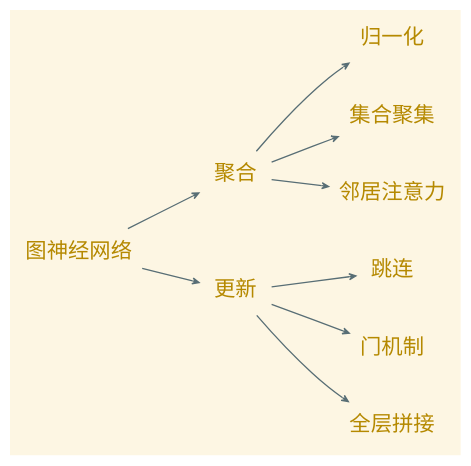
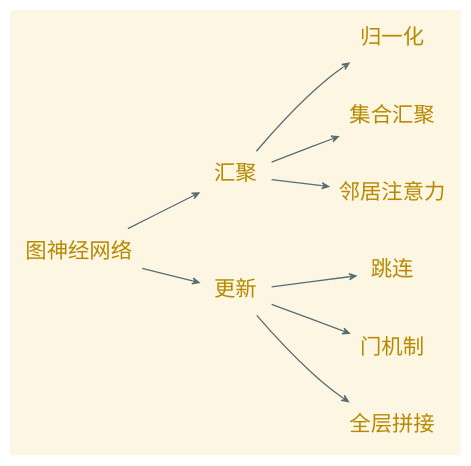
Before and after one commit to Avanti1980/course-gnn: the diagram in dot/gnn.dot, drawn with Graphviz. The commit also changed 29 other files, not shown here.

```diff
--- a/dot/gnn.dot
+++ b/dot/gnn.dot
@@ -1,13 +1,13 @@
 digraph g {
     graph [nodesep=0.3, ranksep=0.6]
     rankdir=LR
     node [shape=plaintext color="#586e75" fontname="EBG,fzlz" fontcolor="#b58900" fontsize=16]
     edge [arrowhead=vee color="#586e75" fontname="EBG,fzlz" fontcolor="#268bd2" fontsize=16 arrowsize=0.5]
     bgcolor="#fdf6e3"
 
-    图神经网络 -> {聚合, 更新}
+    图神经网络 -> {汇聚, 更新}
 
-    聚合 -> {归一化,集合聚集,邻居注意力}
+    汇聚 -> {归一化,集合汇聚,邻居注意力}
 
     更新 -> {跳连,门机制,全层拼接}
 }
```
